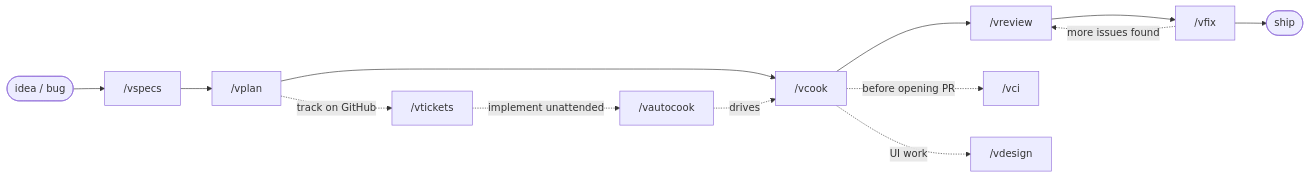
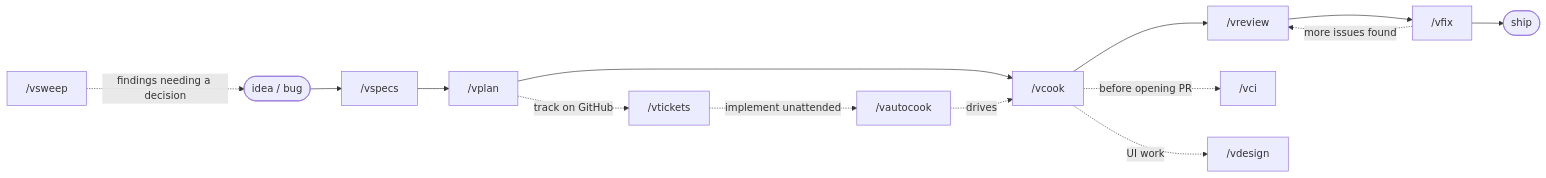
Before and after one commit to vyvu99/vskills: the diagram in README.md, drawn with Mermaid. The commit also changed other lines of this file and 3 other files, not shown here.

````diff
--- a/README.md
+++ b/README.md
@@ -58,16 +59,18 @@
 ```mermaid
 flowchart LR
     idea(["idea / bug"]) --> specs["/vspecs"]
     specs --> plan["/vplan"]
     plan --> cook["/vcook"]
     cook --> review["/vreview"]
     review --> fix["/vfix"]
     fix -. more issues found .-> review
     fix --> ship(["ship"])
 
     plan -. track on GitHub .-> tickets["/vtickets"]
     tickets -. implement unattended .-> auto["/vautocook"]
     auto -. drives .-> cook
     cook -. before opening PR .-> ci["/vci"]
     cook -. UI work .-> design["/vdesign"]
+
+    sweep["/vsweep"] -. findings needing a decision .-> idea
 ```
````
